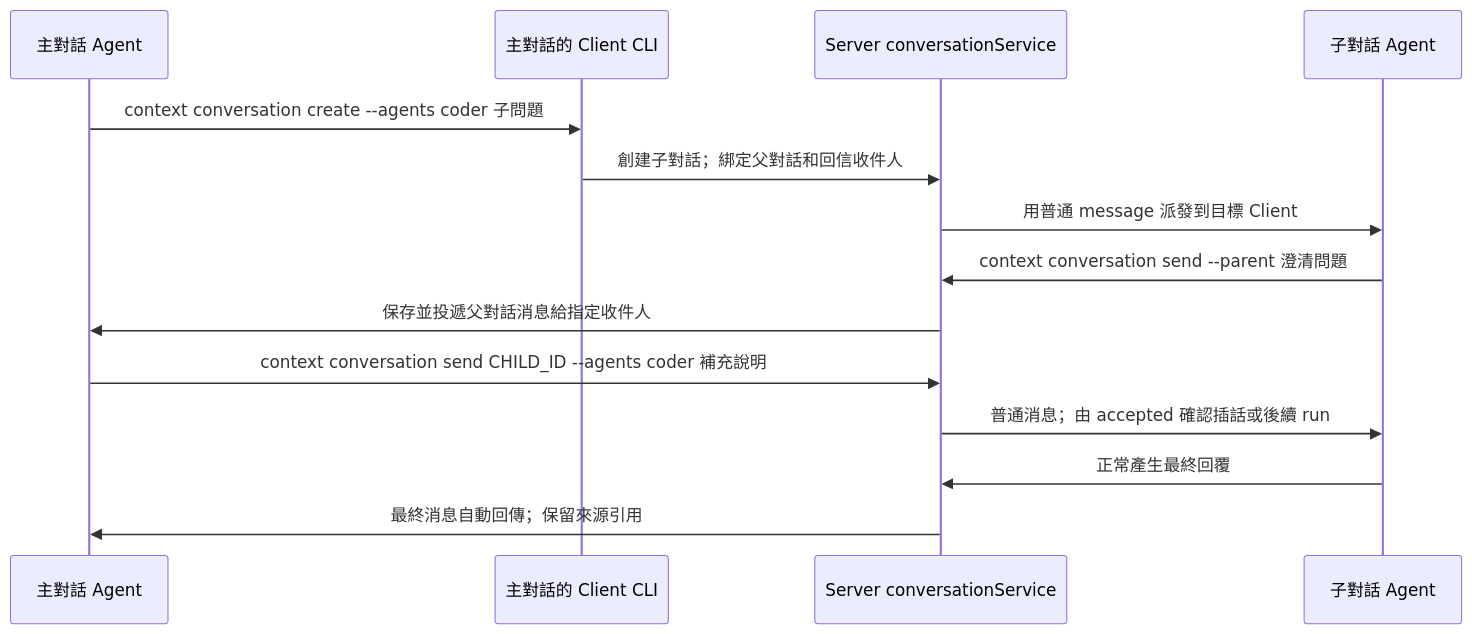
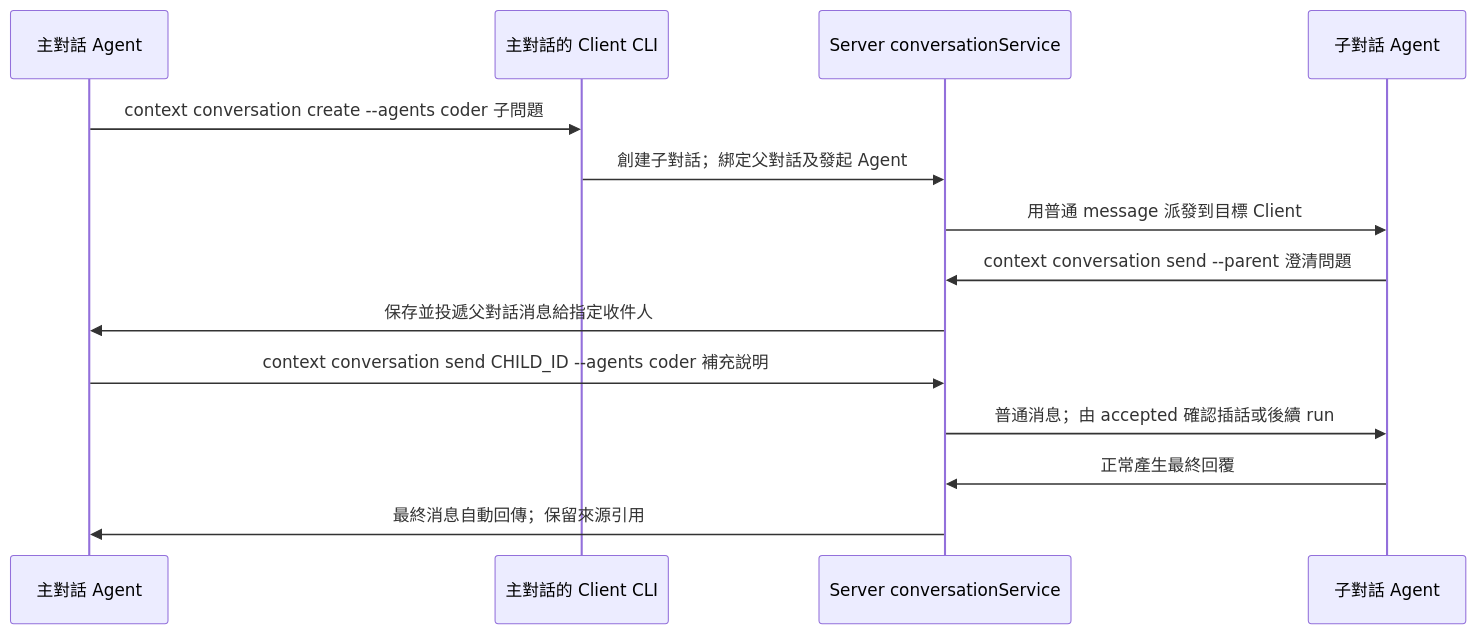
Before and after one commit to memory-co/agentuse: the diagram in designs/v3/server-conversation-nest.md, drawn with Mermaid. The commit also changed other lines of this file and 3 other files, not shown here.

````diff
--- a/designs/v3/server-conversation-nest.md
+++ b/designs/v3/server-conversation-nest.md
@@ -11,16 +11,16 @@
 ```mermaid
 sequenceDiagram
     participant P as 主對話 Agent
     participant PC as 主對話的 Client CLI
     participant S as Server conversationService
     participant C as 子對話 Agent
     P->>PC: context conversation create --agents coder 子問題
-    PC->>S: 創建子對話；綁定父對話和回信收件人
+    PC->>S: 創建子對話；綁定父對話及發起 Agent
     S->>C: 用普通 message 派發到目標 Client
     C->>S: context conversation send --parent 澄清問題
     S->>P: 保存並投遞父對話消息給指定收件人
     P->>S: context conversation send CHILD_ID --agents coder 補充說明
     S->>C: 普通消息；由 accepted 確認插話或後續 run
     C->>S: 正常產生最終回覆
     S->>P: 最終消息自動回傳；保留來源引用
 ```
````
